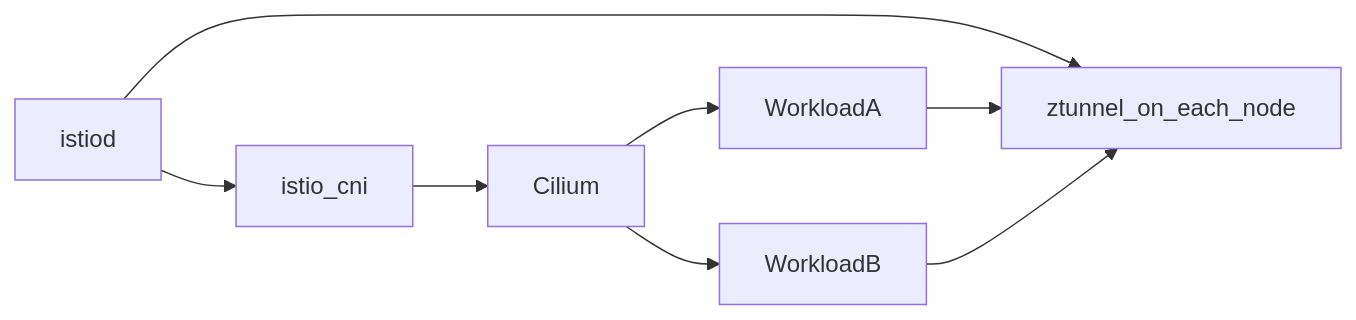
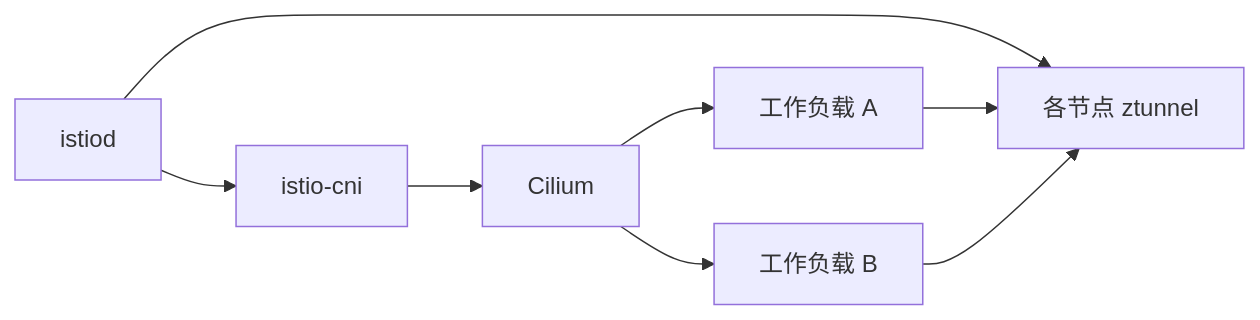
One commit to hwang-protocol/docker_k8s_2026 changed the diagram in k8s/05-security-and-zero-trust/docs/03_install_istio_ambient.md. Above: the diagram before and after it, drawn with Mermaid. The commit also changed other lines of this file and 18 other files, not shown here.

````diff
--- a/k8s/05-security-and-zero-trust/docs/03_install_istio_ambient.md
+++ b/k8s/05-security-and-zero-trust/docs/03_install_istio_ambient.md
@@ -15,12 +35,12 @@
 ```mermaid
 flowchart LR
-    istiod[istiod] --> ztunnel[ztunnel_on_each_node]
-    istiod --> istioCni[istio_cni]
+    istiod[istiod] --> ztunnel[各节点 ztunnel]
+    istiod --> istioCni[istio-cni]
 
-    workloadA[WorkloadA] --> ztunnel
-    workloadB[WorkloadB] --> ztunnel
+    workloadA[工作负载 A] --> ztunnel
+    workloadB[工作负载 B] --> ztunnel
 
     cilium[Cilium] --> workloadA
     cilium --> workloadB
     istioCni --> cilium
 ```
````
